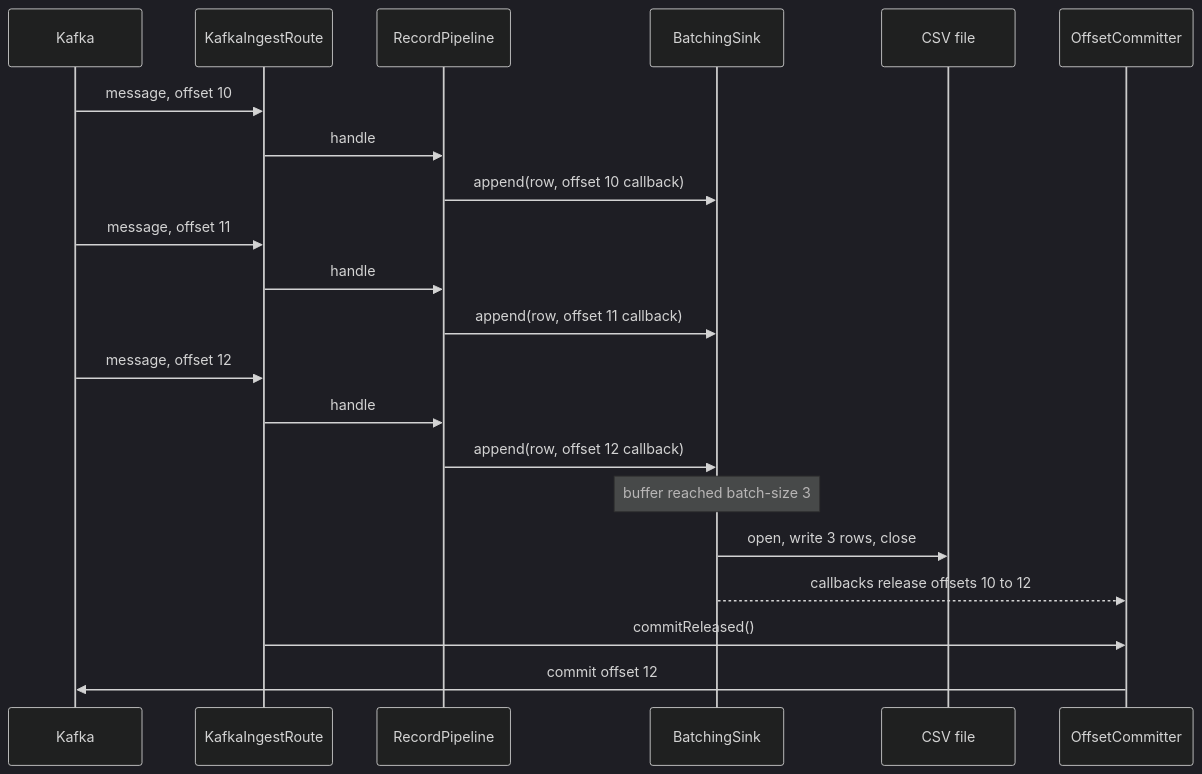
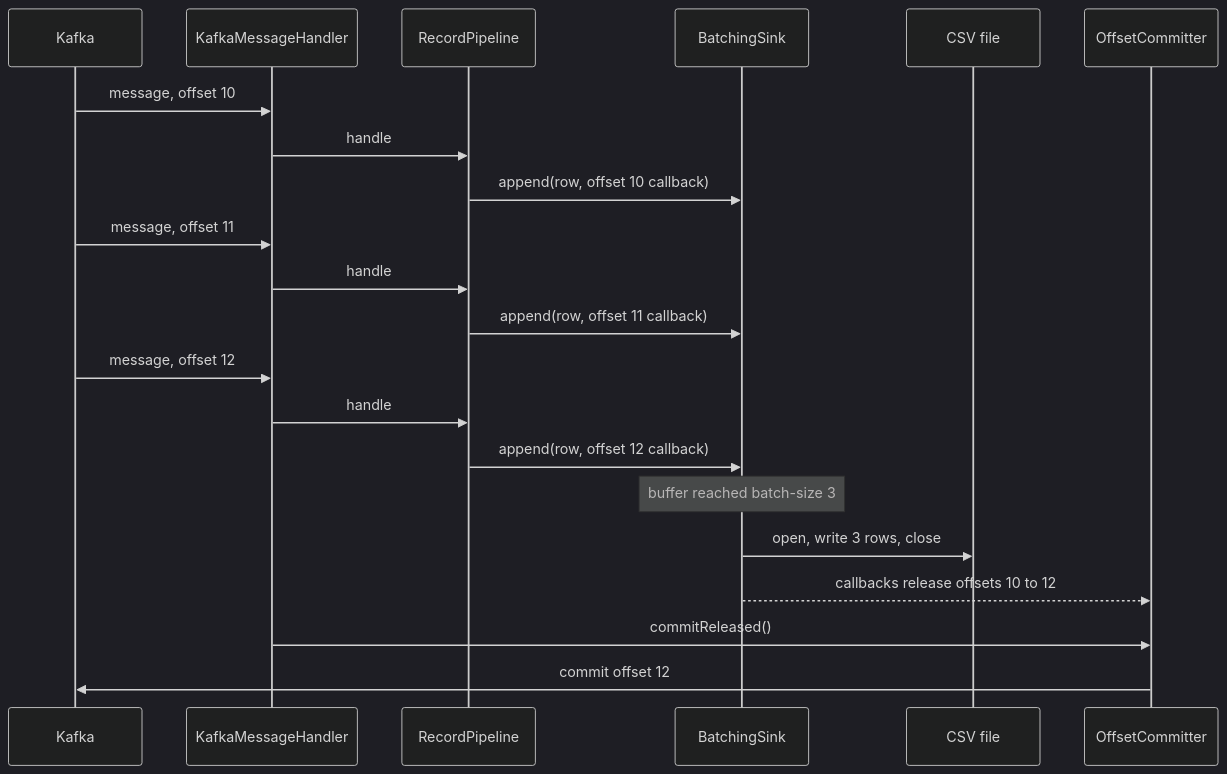
The seventh of 9 diagrams in docs/c4-architecture.md (shanregs/msg-transformer), drawn with Mermaid (dark theme) before and after one commit. The commit also changed other lines of this file and 8 other files, not shown here.

First line of the commit message:
Docs: message publisher, YAML Kafka route, mapper/ path

````diff
--- a/docs/c4-architecture.md
+++ b/docs/c4-architecture.md
@@ -258,24 +258,24 @@
 ```mermaid
 sequenceDiagram
     participant K as Kafka
-    participant R as KafkaIngestRoute
+    participant R as KafkaMessageHandler
     participant P as RecordPipeline
     participant S as BatchingSink
     participant F as CSV file
     participant C as OffsetCommitter
 
     K->>R: message, offset 10
     R->>P: handle
     P->>S: append(row, offset 10 callback)
     K->>R: message, offset 11
     R->>P: handle
     P->>S: append(row, offset 11 callback)
     K->>R: message, offset 12
     R->>P: handle
     P->>S: append(row, offset 12 callback)
     Note over S: buffer reached batch-size 3
     S->>F: open, write 3 rows, close
     S-->>C: callbacks release offsets 10 to 12
     R->>C: commitReleased()
     C->>K: commit offset 12
 ```
````
